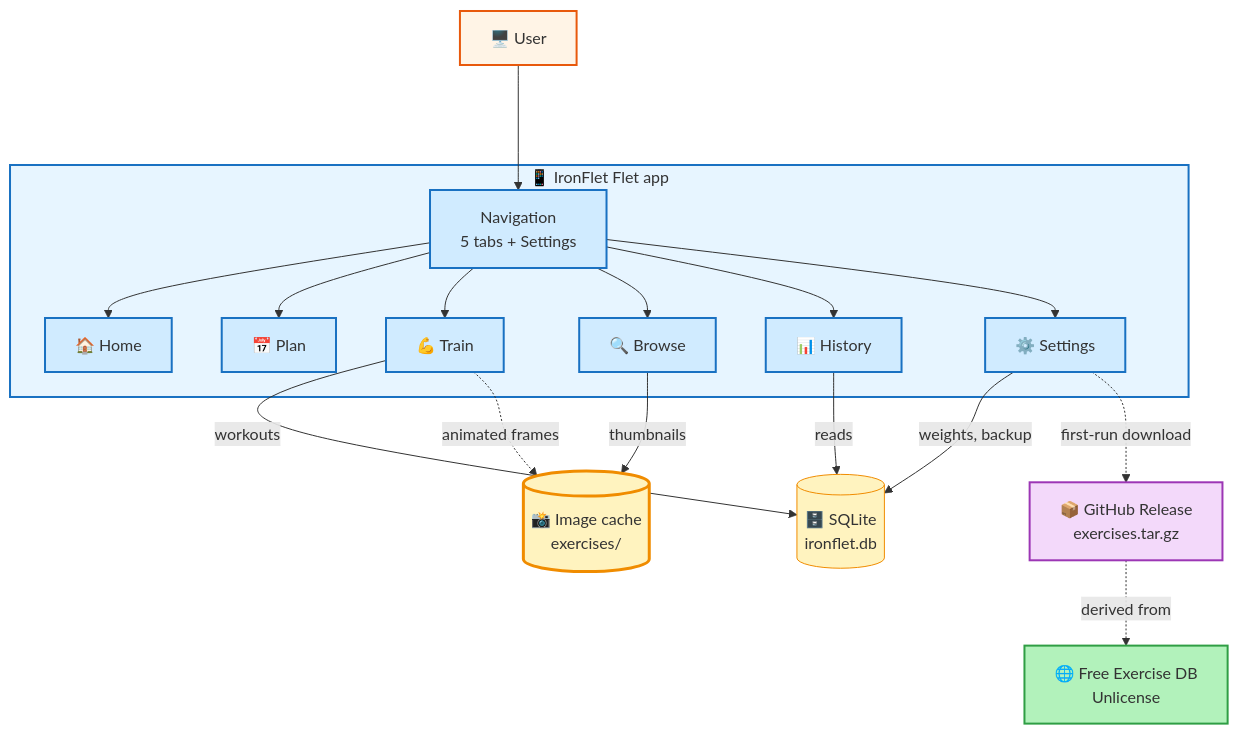
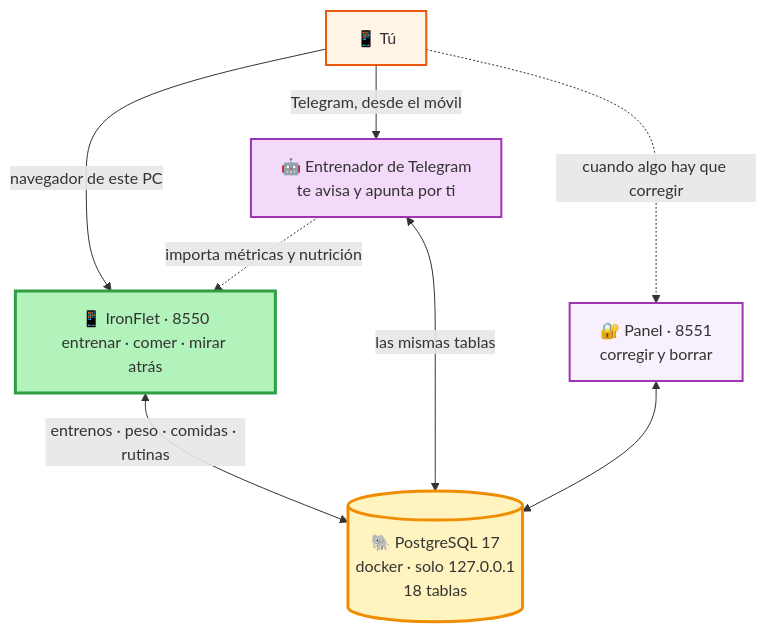
The diagram in README.md (kalexnolasco/ironflet), drawn with Mermaid before and after one commit. The commit also changed other lines of this file and 6 other files, not shown here.

````diff
--- a/README.md
+++ b/README.md
@@ -34,46 +72,22 @@
 ```mermaid
 graph TD
-    USER["🖥️ User"]
-    subgraph APP["📱 IronFlet Flet app"]
-        NAV["Navigation<br/>5 tabs + Settings"]
-        HOME["🏠 Home"]
-        PLAN["📅 Plan"]
-        TRAIN["💪 Train"]
-        BROWSE["🔍 Browse"]
-        HIST["📊 History"]
-        PROF["⚙️ Settings"]
-    end
-    SQLITE[("🗄️ SQLite<br/>ironflet.db")]
-    CACHE[("📸 Image cache<br/>exercises/")]
-    GH["📦 GitHub Release<br/>exercises.tar.gz"]
-    FEDB["🌐 Free Exercise DB<br/>Unlicense"]
+    TU["📱 Tú"]
+    APP["📱 IronFlet · 8550<br/>entrenar · comer · mirar atrás"]
+    BOT["🤖 Entrenador de Telegram<br/>te avisa y apunta por ti"]
+    PAN["🔐 Panel · 8551<br/>corregir y borrar"]
+    PG[("🐘 PostgreSQL 17<br/>docker · solo 127.0.0.1<br/>18 tablas")]
 
-    USER ---> NAV
-    NAV --> HOME
-    NAV --> PLAN
-    NAV --> TRAIN
-    NAV --> BROWSE
-    NAV --> HIST
-    NAV --> PROF
-    TRAIN -->|workouts| SQLITE
-    PROF -->|weights, backup| SQLITE
-    HIST -->|reads| SQLITE
-    BROWSE -->|thumbnails| CACHE
-    TRAIN -.->|animated frames| CACHE
-    PROF -.->|first-run download| GH
-    GH -.->|derived from| FEDB
+    TU -->|"navegador de este PC"| APP
+    TU -->|"Telegram, desde el móvil"| BOT
+    TU -.->|"cuando algo hay que corregir"| PAN
+    APP <-->|"entrenos · peso · comidas · rutinas"| PG
+    BOT <-->|"las mismas tablas"| PG
+    PAN <--> PG
+    BOT -.->|"importa métricas y nutrición"| APP
 
-    style USER fill:#fff4e6,stroke:#e8590c,stroke-width:2px
-    style APP fill:#e7f5ff,stroke:#1971c2,stroke-width:2px
-    style NAV fill:#d0ebff,stroke:#1971c2,stroke-width:2px
-    style HOME fill:#d0ebff,stroke:#1971c2,stroke-width:2px
-    style PLAN fill:#d0ebff,stroke:#1971c2,stroke-width:2px
-    style TRAIN fill:#d0ebff,stroke:#1971c2,stroke-width:2px
-    style BROWSE fill:#d0ebff,stroke:#1971c2,stroke-width:2px
-    style HIST fill:#d0ebff,stroke:#1971c2,stroke-width:2px
-    style PROF fill:#d0ebff,stroke:#1971c2,stroke-width:2px
-    style SQLITE fill:#fff3bf,stroke:#f08c00
-    style CACHE fill:#fff3bf,stroke:#f08c00,stroke-width:3px
-    style GH fill:#f3d9fa,stroke:#9c36b5,stroke-width:2px
-    style FEDB fill:#b2f2bb,stroke:#2f9e44,stroke-width:2px
+    style TU fill:#fff4e6,stroke:#e8590c,stroke-width:2px
+    style APP fill:#b2f2bb,stroke:#2f9e44,stroke-width:3px
+    style BOT fill:#f3d9fa,stroke:#9c36b5,stroke-width:2px
+    style PAN fill:#f8f0fc,stroke:#9c36b5,stroke-width:2px
+    style PG fill:#fff3bf,stroke:#f08c00,stroke-width:3px
 ```
````
